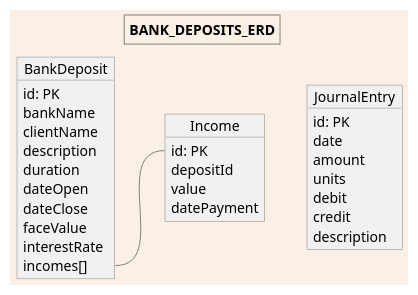
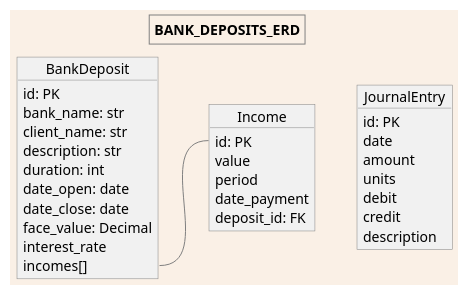
Before and after one commit to smdyan/depo24: the diagram in erd/deposits.puml, drawn with PlantUML. The commit also changed 2 other files, not shown here.

Commit message:
added Period to Income

```diff
--- a/erd/deposits.puml
+++ b/erd/deposits.puml
@@ -1,50 +1,51 @@
 @startuml depo_erd
 'https://plantuml.com/object-diagram
 'Opt+D to Preview
 
 <style>
     document {
         BackGroundColor Linen
     }
     root {
         FontColor #?black:white
         LineColor gray
     }
 </style>
 
 title BANK_DEPOSITS_ERD
 
 object BankDeposit {
     id: PK
-    bankName
-    clientName
-    description
-    duration
-    dateOpen
-    dateClose
-    faceValue
-    interestRate
+    bank_name: str
+    client_name: str
+    description: str
+    duration: int
+    date_open: date
+    date_close: date
+    face_value: Decimal
+    interest_rate
     incomes[]
 }
 
 object Income {
     id: PK
-    depositId
     value
-    datePayment
+    period
+    date_payment
+    deposit_id: FK
 }
 
 object JournalEntry {
     id: PK
     date
     amount
     units
     debit
     credit
     description
 }
 
 BankDeposit::income - Income::id
 
 
 @enduml
```
